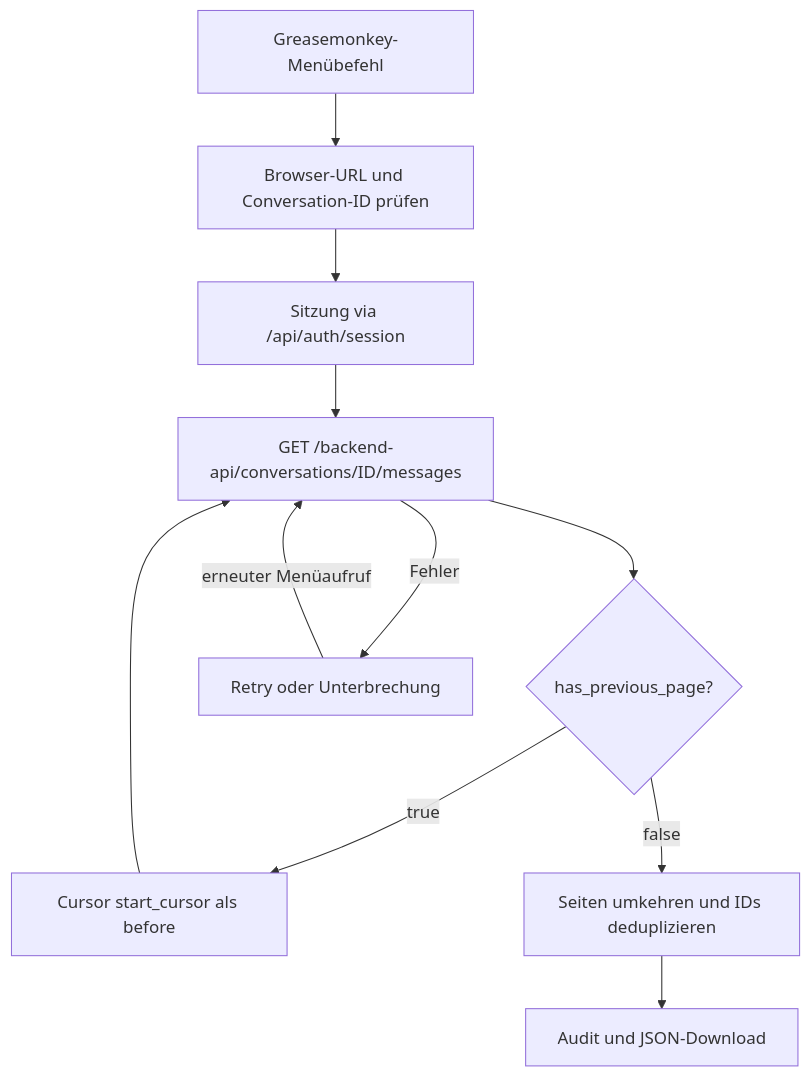
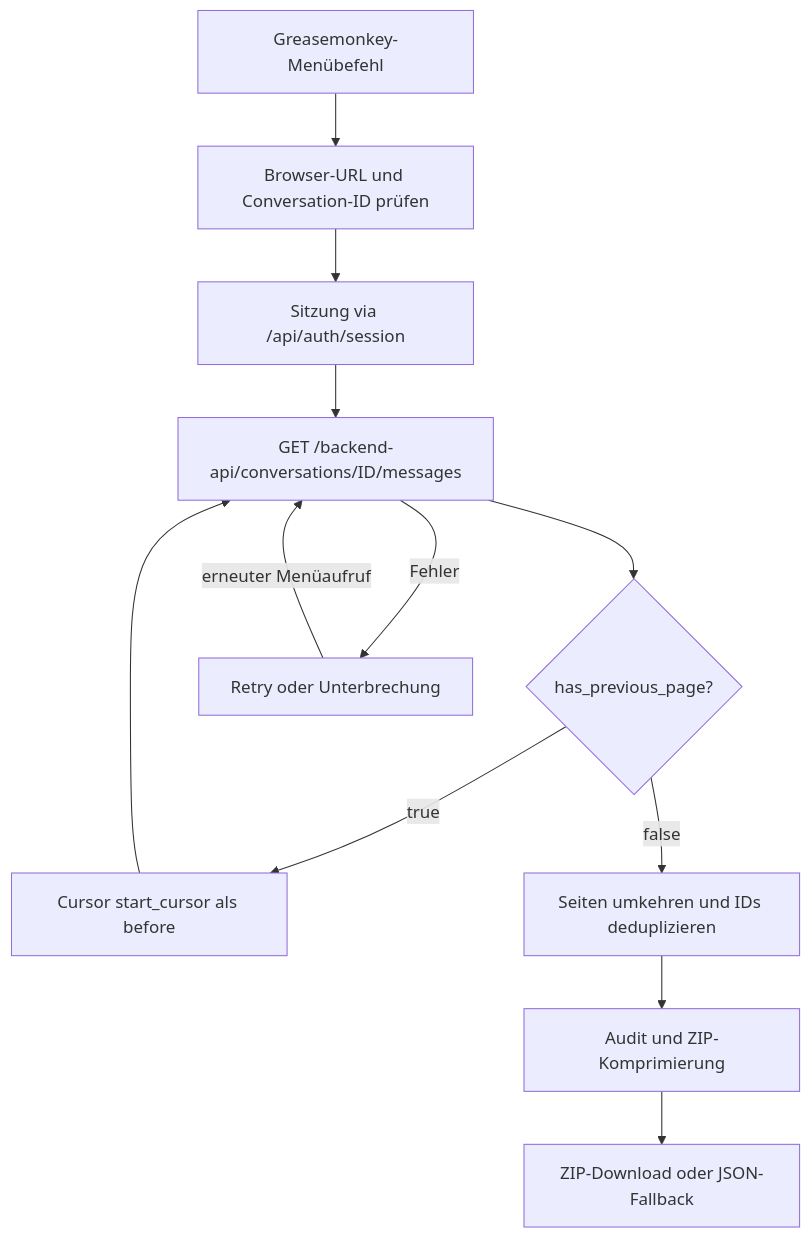
The diagram in docs/architecture-and-limitations.md (chrober/chatgpt-conversation-exporter), drawn with Mermaid before and after one commit. The commit also changed other lines of this file, not shown here.

Commit message:
docs: explain ZIP structure, native compression, fallback and profiling lifecycle

````diff
--- a/docs/architecture-and-limitations.md
+++ b/docs/architecture-and-limitations.md
@@ -16,13 +17,14 @@
 ```mermaid
 flowchart TD
     A[Greasemonkey-Menübefehl] --> B[Browser-URL und Conversation-ID prüfen]
     B --> C[Sitzung via /api/auth/session]
     C --> D[GET /backend-api/conversations/ID/messages]
     D --> E{has_previous_page?}
     E -->|true| F[Cursor start_cursor als before]
     F --> D
     E -->|false| G[Seiten umkehren und IDs deduplizieren]
-    G --> H[Audit und JSON-Download]
+    G --> H[Audit und ZIP-Komprimierung]
+    H --> J[ZIP-Download oder JSON-Fallback]
     D -->|Fehler| I[Retry oder Unterbrechung]
     I -->|erneuter Menüaufruf| D
 ```
````
